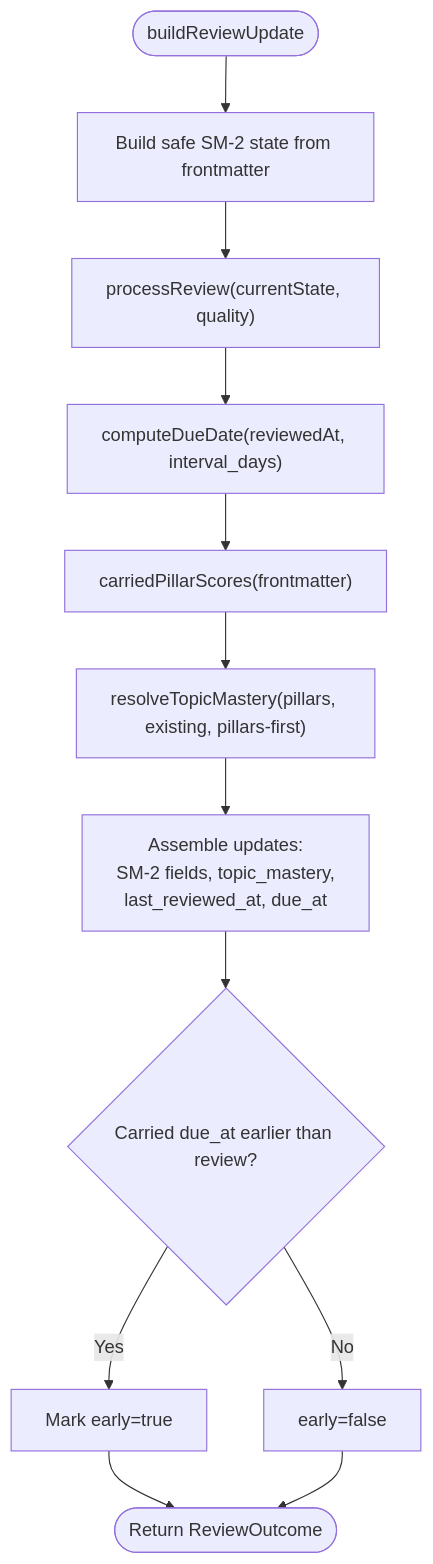
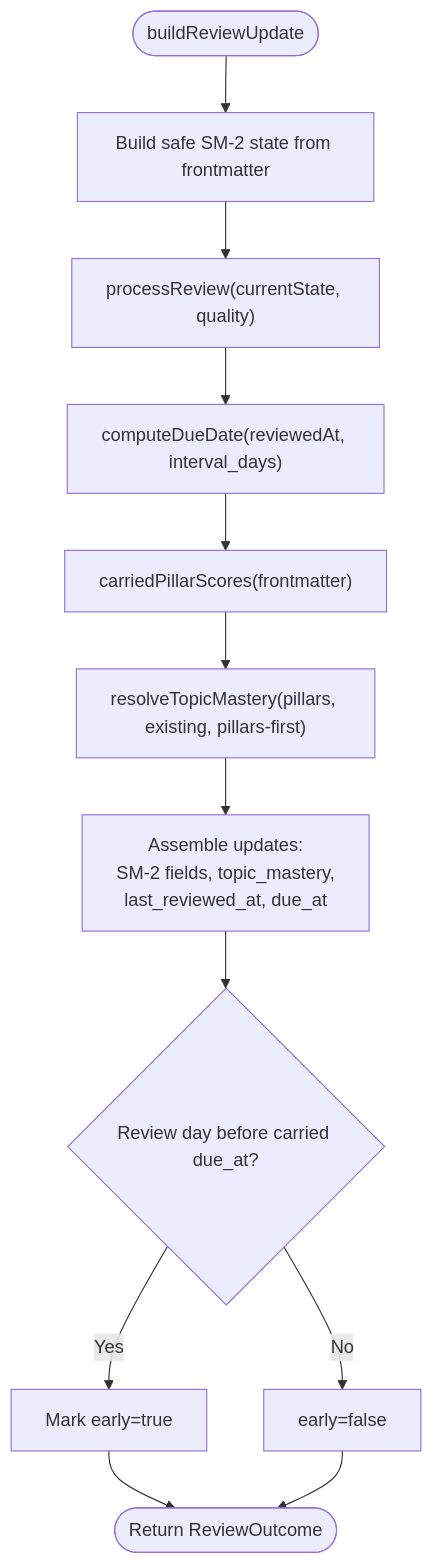
The fourth of 7 diagrams in User Guide/Review and Scheduling/Interactive Review Workflow.md (Kuldeep2822k/palee-architecture), drawn with Mermaid before and after one commit. The commit also changed other lines of this file and 6 other files, not shown here.

Commit message:
docs(user-guide): fix SM-2 table, JSON filtering workflows and session flowcharts

````diff
--- a/User Guide/Review and Scheduling/Interactive Review Workflow.md
+++ b/User Guide/Review and Scheduling/Interactive Review Workflow.md
@@ -165,14 +163,14 @@
 ```mermaid
 flowchart TD
   Entry(["buildReviewUpdate"]) --> BuildState["Build safe SM-2 state from frontmatter"]
   BuildState --> Process["processReview(currentState, quality)"]
   Process --> DueDate["computeDueDate(reviewedAt, interval_days)"]
   DueDate --> CarryPillars["carriedPillarScores(frontmatter)"]
   CarryPillars --> Mastery["resolveTopicMastery(pillars, existing, pillars-first)"]
   Mastery --> Assemble["Assemble updates:<br/>SM-2 fields, topic_mastery,<br/>last_reviewed_at, due_at"]
-  Assemble --> CheckEarly{"Carried due_at earlier than review?"}
+  Assemble --> CheckEarly{"Review day before carried due_at?"}
   CheckEarly -->|Yes| MarkEarly["Mark early=true"]
   CheckEarly -->|No| NoEarly["early=false"]
   MarkEarly --> Return(["Return ReviewOutcome"])
   NoEarly --> Return
 ```
````
